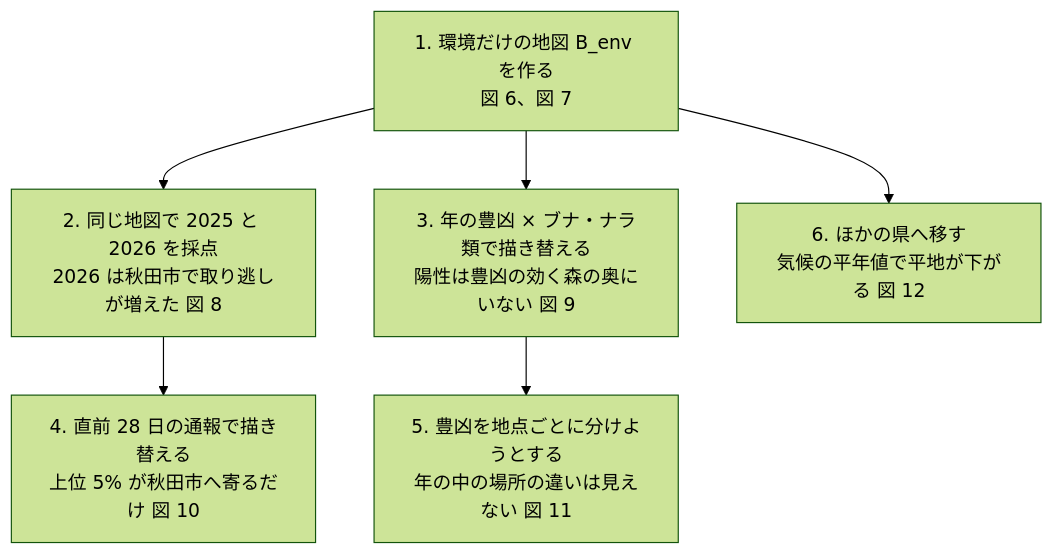
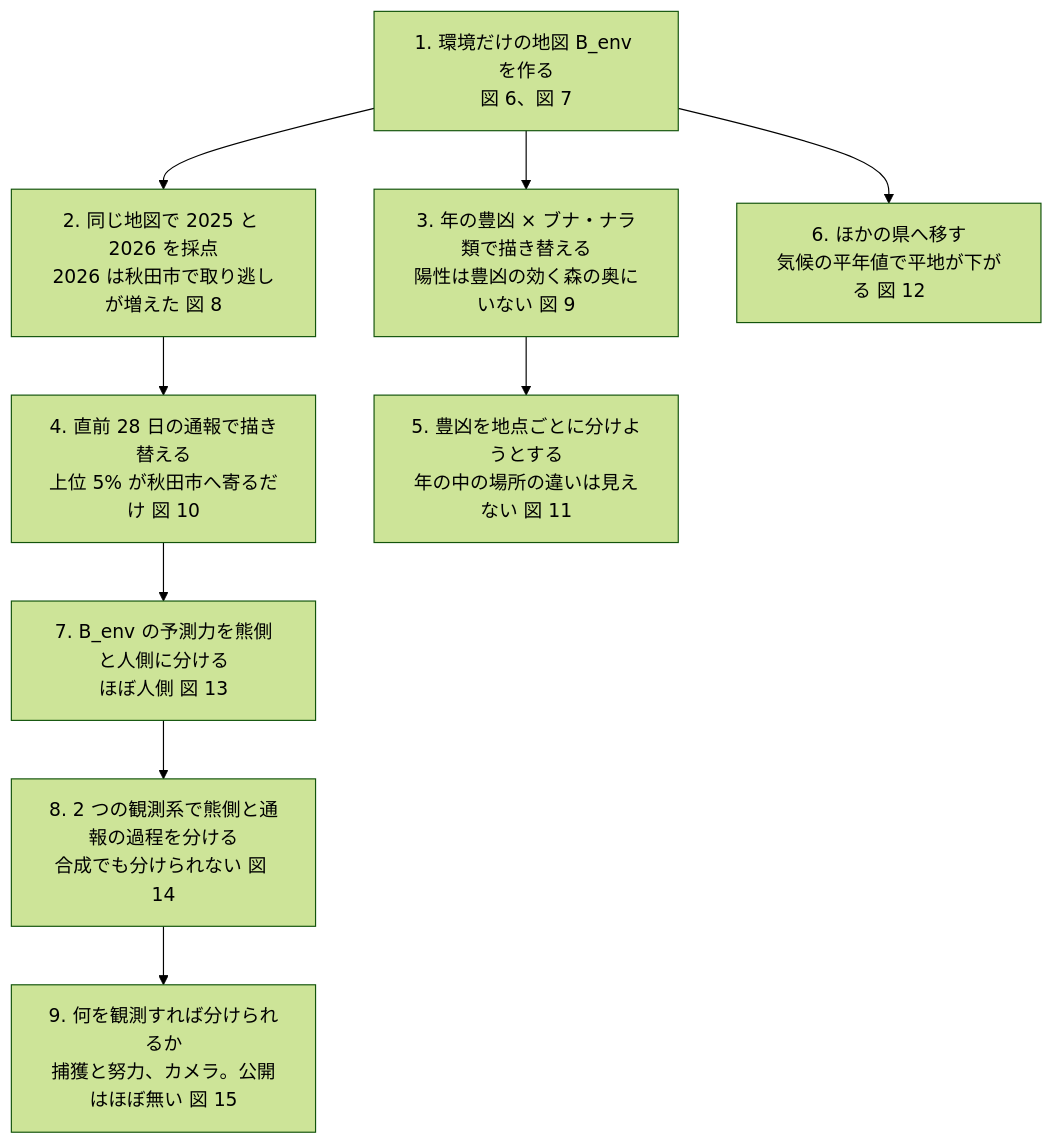
The first of 2 diagrams in projects/_bear/bear-synthesis/report.md (yuiseki/GeoAI-master-skills), drawn with Mermaid (forest theme) before and after one commit. The commit also changed other lines of this file and 2 other files, not shown here.

````diff
--- a/projects/_bear/bear-synthesis/report.md
+++ b/projects/_bear/bear-synthesis/report.md
@@ -66,8 +74,11 @@
 ```mermaid
 flowchart TD
   A[1. 環境だけの地図 B_env を作る<br>図 6、図 7] --> B[2. 同じ地図で 2025 と 2026 を採点<br>2026 は秋田市で取り逃しが増えた 図 8]
   A --> C[3. 年の豊凶 × ブナ・ナラ類で描き替える<br>陽性は豊凶の効く森の奥にいない 図 9]
   B --> D[4. 直前 28 日の通報で描き替える<br>上位 5% が秋田市へ寄るだけ 図 10]
   C --> E[5. 豊凶を地点ごとに分けようとする<br>年の中の場所の違いは見えない 図 11]
   A --> F[6. ほかの県へ移す<br>気候の平年値で平地が下がる 図 12]
+  D --> G[7. B_env の予測力を熊側と人側に分ける<br>ほぼ人側 図 13]
+  G --> H[8. 2 つの観測系で熊側と通報の過程を分ける<br>合成でも分けられない 図 14]
+  H --> I[9. 何を観測すれば分けられるか<br>捕獲と努力、カメラ。公開はほぼ無い 図 15]
 ```
````
